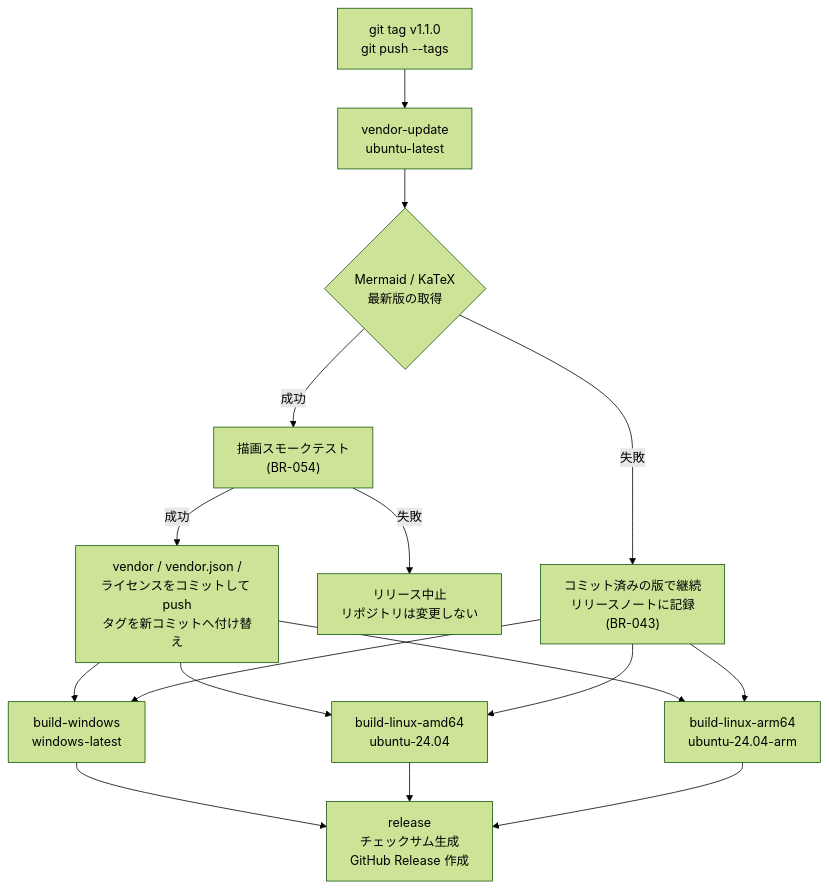
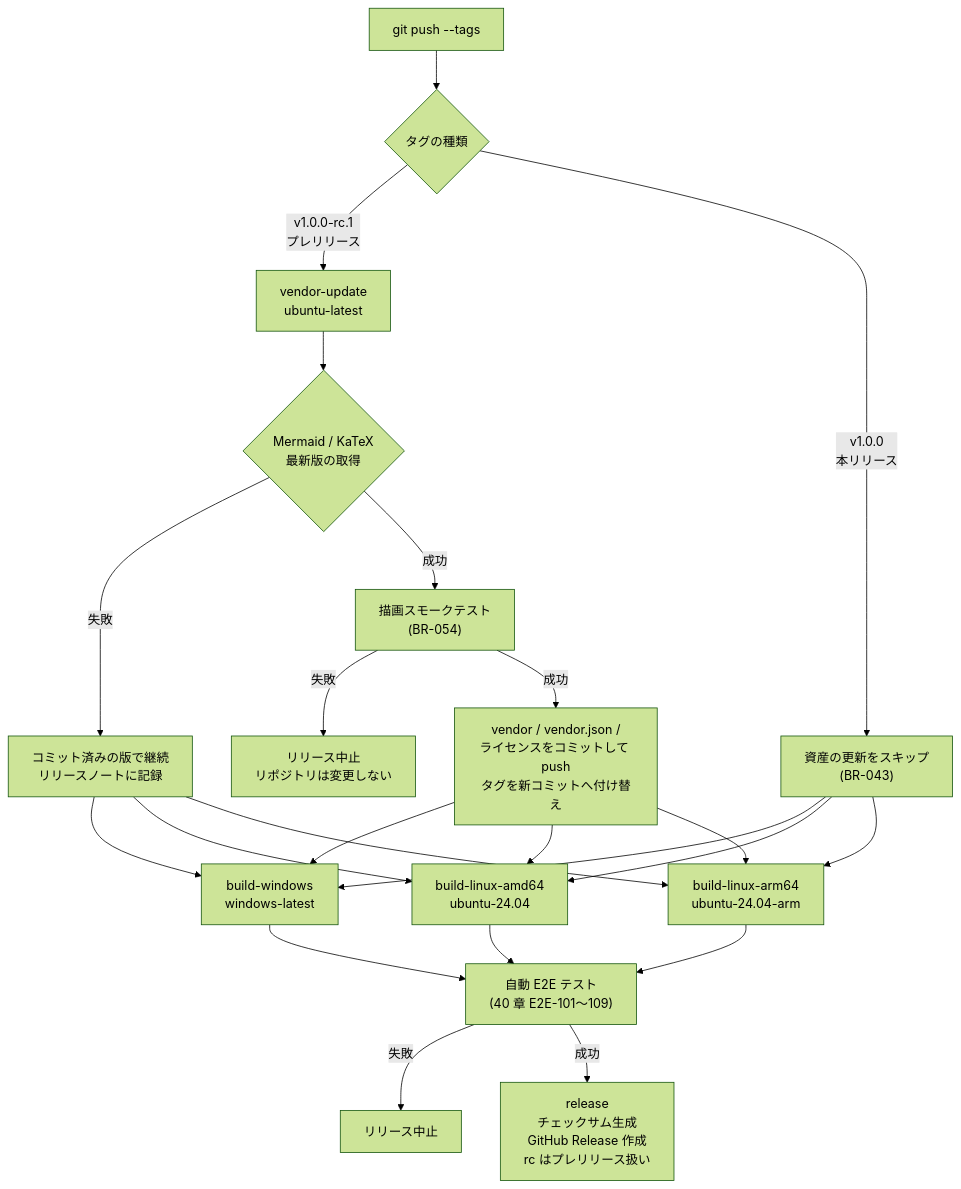
One commit to kznagamori/go_MarkView changed the diagram in docs/specs/06-build-release.md. Above: the diagram before and after it, drawn with Mermaid (forest theme). The commit also changed other lines of this file and 5 other files, not shown here.

````diff
--- a/docs/specs/06-build-release.md
+++ b/docs/specs/06-build-release.md
@@ -192,18 +202,25 @@
 ```mermaid
 flowchart TD
-    T["git tag v1.1.0<br/>git push --tags"] --> V["vendor-update<br/>ubuntu-latest"]
+    T["git push --tags"] --> P{"タグの種類"}
+    P -->|"v1.0.0-rc.1<br/>プレリリース"| V["vendor-update<br/>ubuntu-latest"]
+    P -->|"v1.0.0<br/>本リリース"| SKIP["資産の更新をスキップ<br/>(BR-043)"]
     V --> F{"Mermaid / KaTeX<br/>最新版の取得"}
-    F -->|失敗| K["コミット済みの版で継続<br/>リリースノートに記録<br/>(BR-043)"]
+    F -->|失敗| K["コミット済みの版で継続<br/>リリースノートに記録"]
     F -->|成功| S["描画スモークテスト<br/>(BR-054)"]
     S -->|失敗| X["リリース中止<br/>リポジトリは変更しない"]
     S -->|成功| C["vendor / vendor.json /<br/>ライセンスをコミットして push<br/>タグを新コミットへ付け替え"]
     C --> B1["build-windows<br/>windows-latest"]
     C --> B2["build-linux-amd64<br/>ubuntu-24.04"]
     C --> B3["build-linux-arm64<br/>ubuntu-24.04-arm"]
     K --> B1
+    SKIP --> B1
+    SKIP --> B2
+    SKIP --> B3
     K --> B2
     K --> B3
-    B1 --> R["release<br/>チェックサム生成<br/>GitHub Release 作成"]
-    B2 --> R
-    B3 --> R
+    B1 --> A["自動 E2E テスト<br/>(40 章 E2E-101〜109)"]
+    B2 --> A
+    B3 --> A
+    A -->|失敗| X2["リリース中止"]
+    A -->|成功| R["release<br/>チェックサム生成<br/>GitHub Release 作成<br/>rc はプレリリース扱い"]
 ```
````
